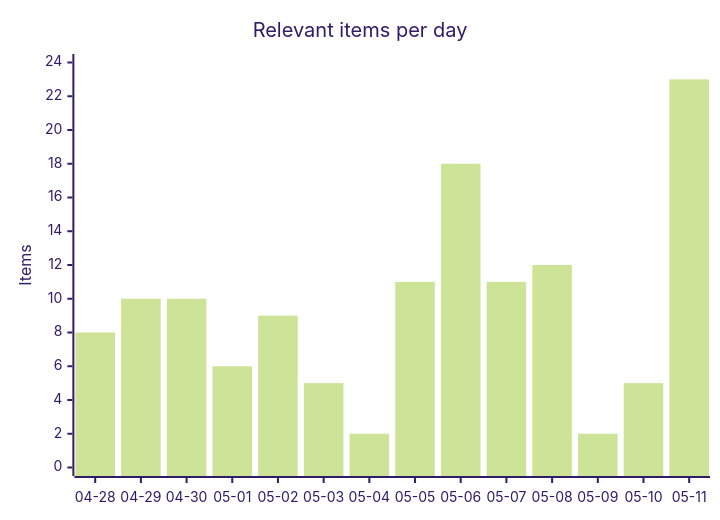
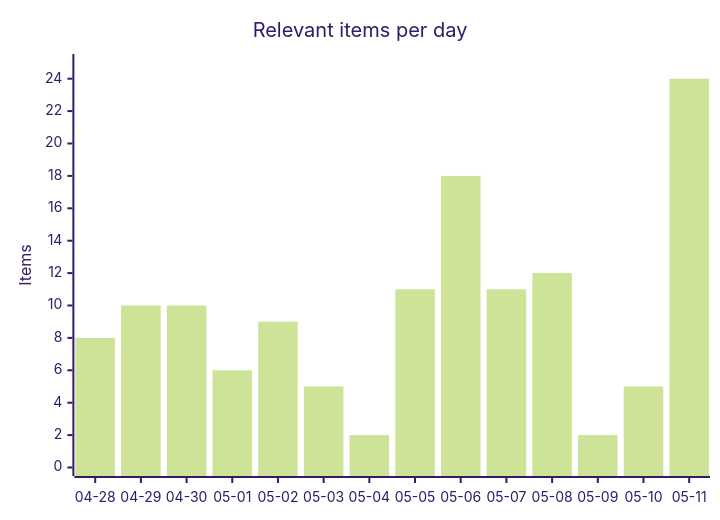
The first of 4 diagrams in README.md (martinbalfanz/social-scanner-reports), drawn with Mermaid (forest theme) before and after one commit. The commit also changed other lines of this file and 2 other files, not shown here.

````diff
--- a/README.md
+++ b/README.md
@@ -30,7 +30,7 @@
 ```mermaid
 xychart-beta
     title "Relevant items per day"
     x-axis ["04-28", "04-29", "04-30", "05-01", "05-02", "05-03", "05-04", "05-05", "05-06", "05-07", "05-08", "05-09", "05-10", "05-11"]
-    y-axis "Items" 0 --> 24
-    bar [8, 10, 10, 6, 9, 5, 2, 11, 18, 11, 12, 2, 5, 23]
+    y-axis "Items" 0 --> 25
+    bar [8, 10, 10, 6, 9, 5, 2, 11, 18, 11, 12, 2, 5, 24]
 ```
````
